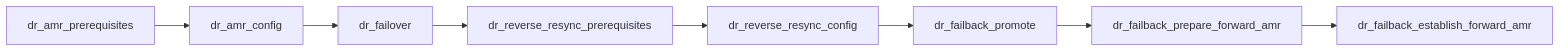
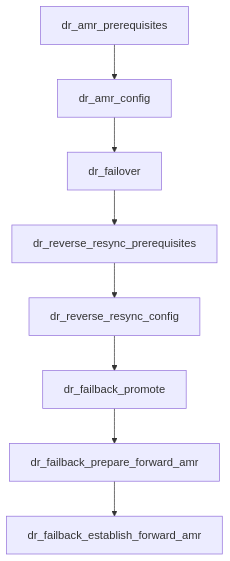
One commit to NetApp/netapp.trident_protect changed the diagram in README.md. Above: the diagram before and after it, drawn with Mermaid. The commit also changed other lines of this file, not shown here.

Commit message:
update README file

````diff
--- a/README.md
+++ b/README.md
@@ -97,10 +97,10 @@
 ```mermaid
-flowchart LR
+flowchart TD
     A[dr_amr_prerequisites] --> B[dr_amr_config]
     B --> C[dr_failover]
     C --> D[dr_reverse_resync_prerequisites]
     D --> E[dr_reverse_resync_config]
     E --> F[dr_failback_promote]
     F --> G[dr_failback_prepare_forward_amr]
     G --> H[dr_failback_establish_forward_amr]
 ```
````
